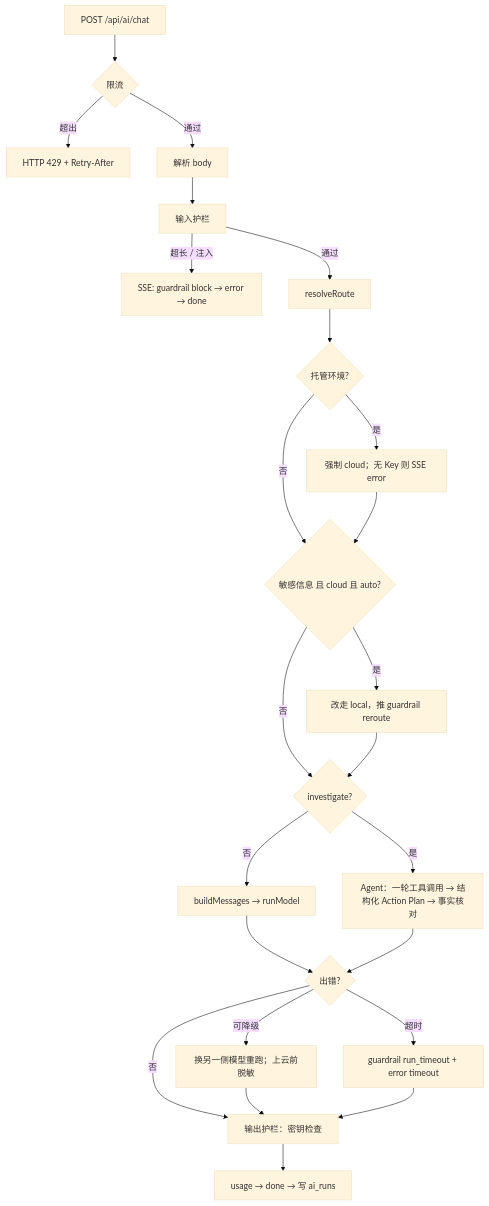
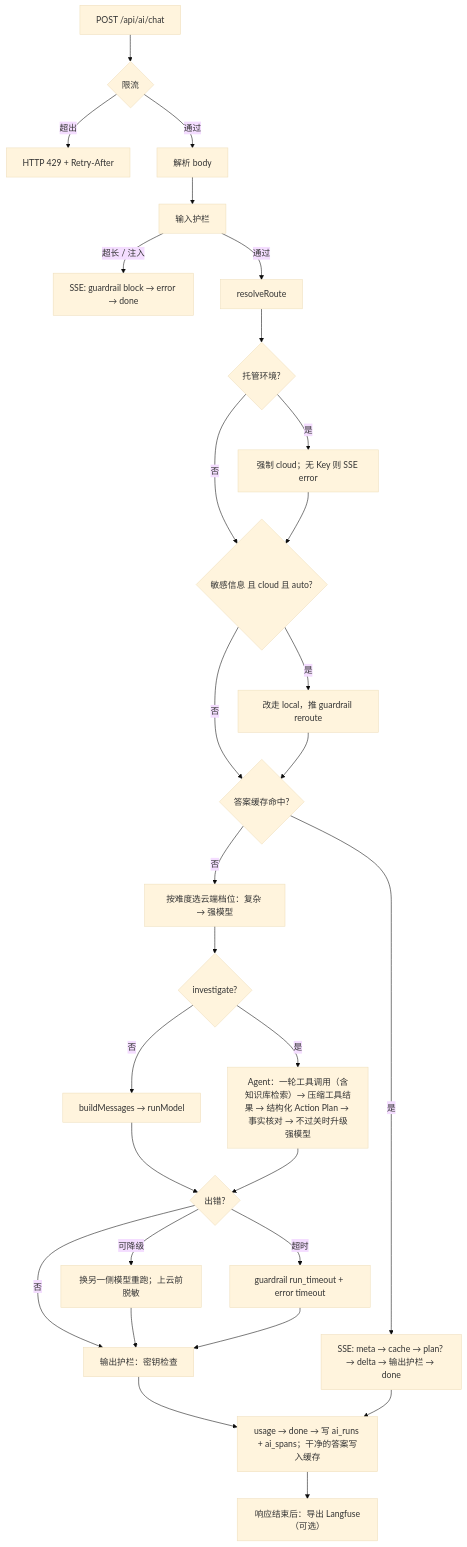
One commit to sunguchuan/star-track-demo changed the first of 2 diagrams in docs/ai-gateway.md. Above: the diagram before and after it, drawn with Mermaid (base theme). The commit also changed other lines of this file and 103 other files, not shown here.

````diff
--- a/docs/ai-gateway.md
+++ b/docs/ai-gateway.md
@@ -84,26 +93,31 @@
 ```mermaid
 flowchart TD
   A[POST /api/ai/chat] --> B{限流}
   B -->|超出| B1[HTTP 429 + Retry-After]
   B -->|通过| C[解析 body]
   C --> D[输入护栏]
   D -->|超长 / 注入| D1[SSE: guardrail block → error → done]
   D -->|通过| E[resolveRoute]
   E --> F{托管环境?}
   F -->|是| F1[强制 cloud；无 Key 则 SSE error]
   F -->|否| G{敏感信息 且 cloud 且 auto?}
   F1 --> G
   G -->|是| G1[改走 local，推 guardrail reroute]
-  G -->|否| H
-  G1 --> H{investigate?}
+  G -->|否| C1
+  G1 --> C1{答案缓存命中?}
+  C1 -->|是| C2[SSE: meta → cache → plan? → delta → 输出护栏 → done]
+  C1 -->|否| T[按难度选云端档位：复杂 → 强模型]
+  T --> H{investigate?}
   H -->|否| I[buildMessages → runModel]
-  H -->|是| J[Agent：一轮工具调用 → 结构化 Action Plan → 事实核对]
+  H -->|是| J[Agent：一轮工具调用（含知识库检索）→ 压缩工具结果 → 结构化 Action Plan → 事实核对 → 不过关时升级强模型]
   I --> K{出错?}
   J --> K
   K -->|可降级| L[换另一侧模型重跑；上云前脱敏]
   K -->|超时| M[guardrail run_timeout + error timeout]
   K -->|否| N[输出护栏：密钥检查]
   L --> N
   M --> N
-  N --> O[usage → done → 写 ai_runs]
+  N --> O[usage → done → 写 ai_runs + ai_spans；干净的答案写入缓存]
+  C2 --> O
+  O --> P[响应结束后：导出 Langfuse（可选）]
 ```
````
